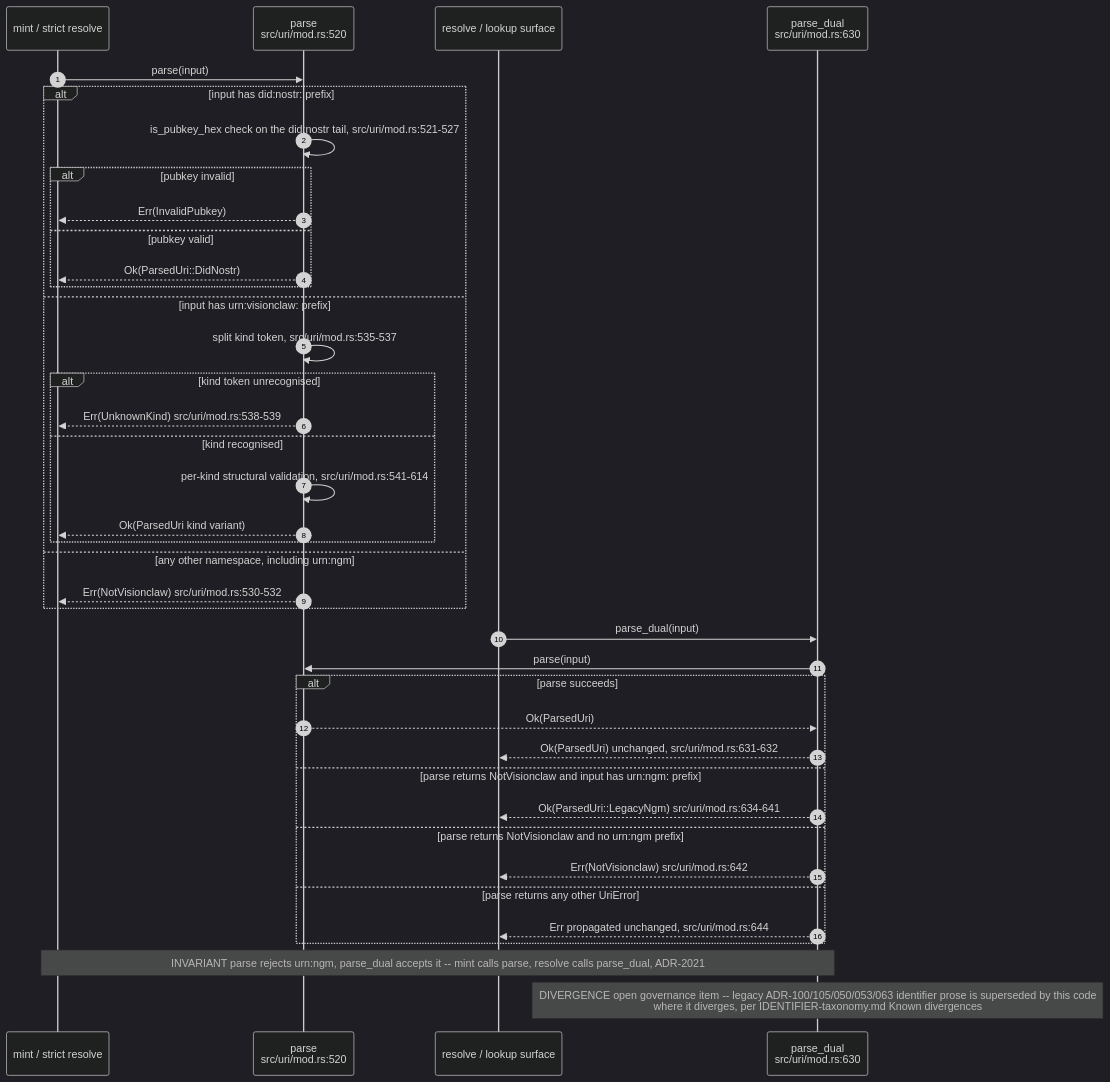
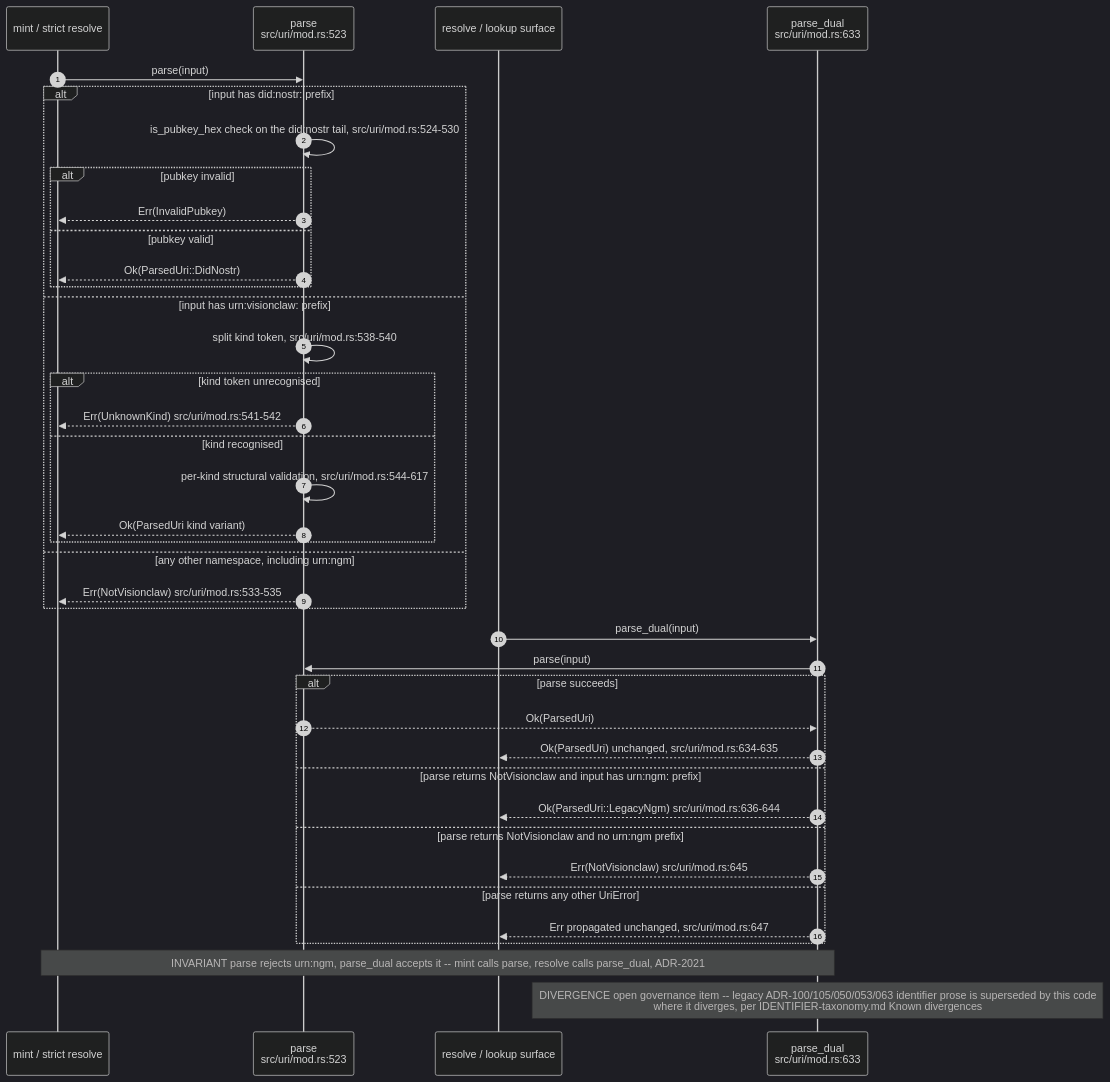
One commit to DreamLab-AI/VisionFlow changed the third of 10 diagrams in docs/diagrams/visionclaw/23-identifiers-urn-did-sha12.md. Above: the diagram before and after it, drawn with Mermaid (dark theme). The commit also changed other lines of this file and 173 other files, not shown here.

````diff
--- a/docs/diagrams/visionclaw/23-identifiers-urn-did-sha12.md
+++ b/docs/diagrams/visionclaw/23-identifiers-urn-did-sha12.md
@@ -124,41 +125,41 @@
 ```mermaid
 sequenceDiagram
     autonumber
     participant MintOrValidate as mint / strict resolve
-    participant P as parse<br/>src/uri/mod.rs:520
+    participant P as parse<br/>src/uri/mod.rs:523
     participant ResolveSurface as resolve / lookup surface
-    participant PD as parse_dual<br/>src/uri/mod.rs:630
+    participant PD as parse_dual<br/>src/uri/mod.rs:633
     MintOrValidate->>P: parse(input)
     alt input has did:nostr: prefix
-        P->>P: is_pubkey_hex check on the did:nostr tail, src/uri/mod.rs:521-527
+        P->>P: is_pubkey_hex check on the did:nostr tail, src/uri/mod.rs:524-530
         alt pubkey invalid
             P-->>MintOrValidate: Err(InvalidPubkey)
         else pubkey valid
             P-->>MintOrValidate: Ok(ParsedUri::DidNostr)
         end
     else input has urn:visionclaw: prefix
-        P->>P: split kind token, src/uri/mod.rs:535-537
+        P->>P: split kind token, src/uri/mod.rs:538-540
         alt kind token unrecognised
-            P-->>MintOrValidate: Err(UnknownKind) src/uri/mod.rs:538-539
+            P-->>MintOrValidate: Err(UnknownKind) src/uri/mod.rs:541-542
         else kind recognised
-            P->>P: per-kind structural validation, src/uri/mod.rs:541-614
+            P->>P: per-kind structural validation, src/uri/mod.rs:544-617
             P-->>MintOrValidate: Ok(ParsedUri kind variant)
         end
     else any other namespace, including urn:ngm
-        P-->>MintOrValidate: Err(NotVisionclaw) src/uri/mod.rs:530-532
+        P-->>MintOrValidate: Err(NotVisionclaw) src/uri/mod.rs:533-535
     end
     ResolveSurface->>PD: parse_dual(input)
     PD->>P: parse(input)
     alt parse succeeds
         P-->>PD: Ok(ParsedUri)
-        PD-->>ResolveSurface: Ok(ParsedUri) unchanged, src/uri/mod.rs:631-632
+        PD-->>ResolveSurface: Ok(ParsedUri) unchanged, src/uri/mod.rs:634-635
     else parse returns NotVisionclaw and input has urn:ngm: prefix
-        PD-->>ResolveSurface: Ok(ParsedUri::LegacyNgm) src/uri/mod.rs:634-641
+        PD-->>ResolveSurface: Ok(ParsedUri::LegacyNgm) src/uri/mod.rs:636-644
     else parse returns NotVisionclaw and no urn:ngm prefix
-        PD-->>ResolveSurface: Err(NotVisionclaw) src/uri/mod.rs:642
+        PD-->>ResolveSurface: Err(NotVisionclaw) src/uri/mod.rs:645
     else parse returns any other UriError
-        PD-->>ResolveSurface: Err propagated unchanged, src/uri/mod.rs:644
+        PD-->>ResolveSurface: Err propagated unchanged, src/uri/mod.rs:647
     end
     Note over MintOrValidate,PD: INVARIANT parse rejects urn:ngm, parse_dual accepts it -- mint calls parse, resolve calls parse_dual, ADR-2021
     Note over PD: DIVERGENCE open governance item -- legacy ADR-100/105/050/053/063 identifier prose is superseded by this code<br/>where it diverges, per IDENTIFIER-taxonomy.md Known divergences
 ```
````
